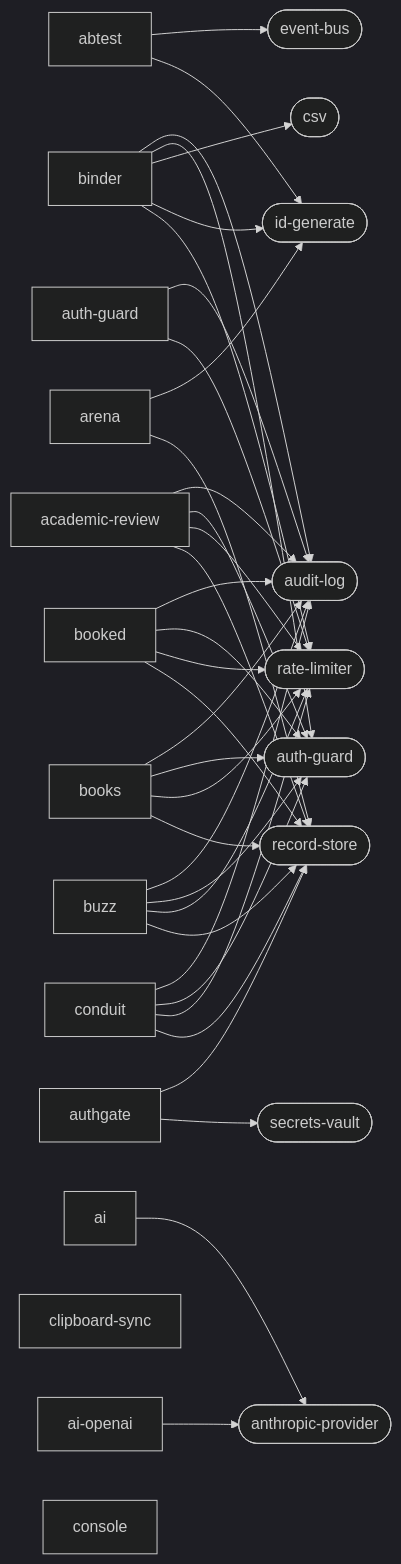
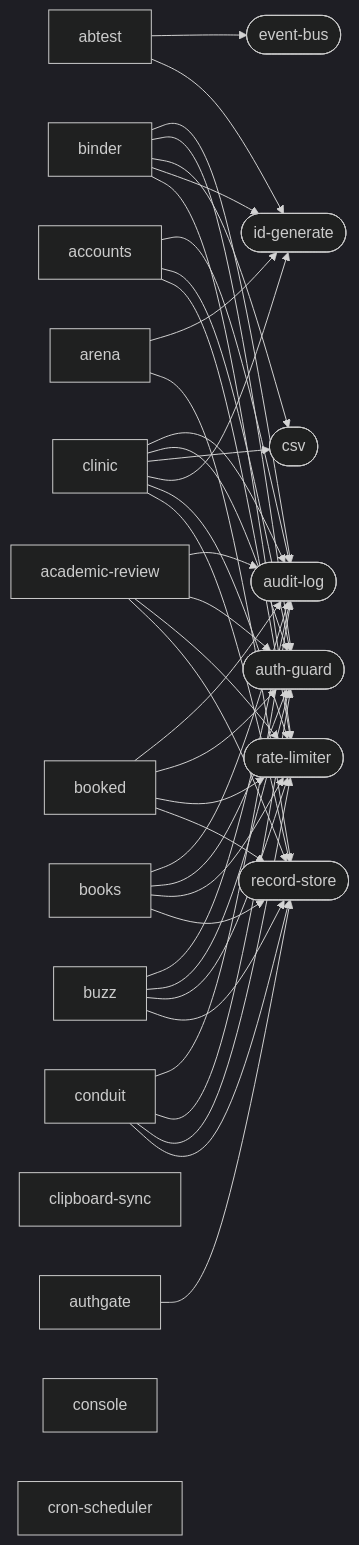
The second of 2 diagrams in docs/CAPABILITY-GRAPH.md (markkovari/holon), drawn with Mermaid (dark theme) before and after one commit. The commit also changed other lines of this file and 1 other file, not shown here.

Commit message:
feat(capgraph): replace static app tables with dynamic WIT and manifest discovery

````diff
--- a/docs/CAPABILITY-GRAPH.md
+++ b/docs/CAPABILITY-GRAPH.md
@@ -350,52 +351,56 @@
 ```mermaid
 graph LR
   app_abtest["abtest"]
   app_abtest --> event_bus([event-bus])
   app_abtest --> id_generate([id-generate])
   app_academic_review["academic-review"]
   app_academic_review --> audit_log([audit-log])
   app_academic_review --> auth_guard([auth-guard])
   app_academic_review --> rate_limiter([rate-limiter])
   app_academic_review --> record_store([record-store])
-  app_ai["ai"]
-  app_ai --> anthropic_provider([anthropic-provider])
-  app_ai_openai["ai-openai"]
-  app_ai_openai --> anthropic_provider([anthropic-provider])
+  app_accounts["accounts"]
+  app_accounts --> audit_log([audit-log])
+  app_accounts --> auth_guard([auth-guard])
+  app_accounts --> rate_limiter([rate-limiter])
   app_arena["arena"]
   app_arena --> id_generate([id-generate])
   app_arena --> record_store([record-store])
-  app_auth_guard["auth-guard"]
-  app_auth_guard --> audit_log([audit-log])
-  app_auth_guard --> rate_limiter([rate-limiter])
   app_authgate["authgate"]
   app_authgate --> record_store([record-store])
-  app_authgate --> secrets_vault([secrets-vault])
   app_binder["binder"]
   app_binder --> audit_log([audit-log])
   app_binder --> auth_guard([auth-guard])
   app_binder --> csv([csv])
   app_binder --> id_generate([id-generate])
   app_binder --> rate_limiter([rate-limiter])
   app_booked["booked"]
   app_booked --> audit_log([audit-log])
   app_booked --> auth_guard([auth-guard])
   app_booked --> rate_limiter([rate-limiter])
   app_booked --> record_store([record-store])
   app_books["books"]
   app_books --> audit_log([audit-log])
   app_books --> auth_guard([auth-guard])
   app_books --> rate_limiter([rate-limiter])
   app_books --> record_store([record-store])
   app_buzz["buzz"]
   app_buzz --> audit_log([audit-log])
   app_buzz --> auth_guard([auth-guard])
   app_buzz --> rate_limiter([rate-limiter])
   app_buzz --> record_store([record-store])
+  app_clinic["clinic"]
+  app_clinic --> audit_log([audit-log])
+  app_clinic --> auth_guard([auth-guard])
+  app_clinic --> csv([csv])
+  app_clinic --> id_generate([id-generate])
+  app_clinic --> rate_limiter([rate-limiter])
+  app_clinic --> record_store([record-store])
   app_clipboard_sync["clipboard-sync"]
   app_conduit["conduit"]
   app_conduit --> audit_log([audit-log])
   app_conduit --> auth_guard([auth-guard])
   app_conduit --> rate_limiter([rate-limiter])
   app_conduit --> record_store([record-store])
   app_console["console"]
+  app_cron_scheduler["cron-scheduler"]
 ```
````
